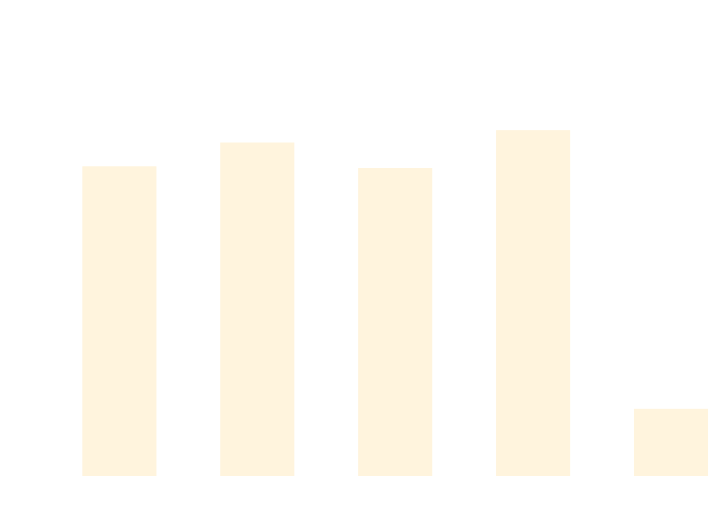
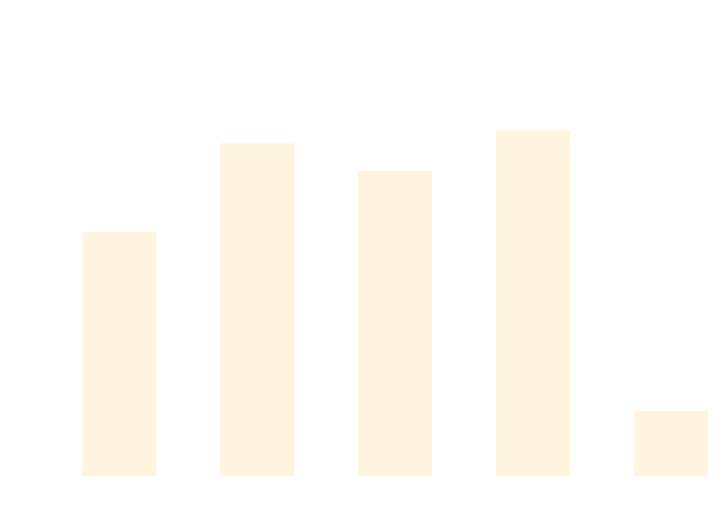
The diagram in docs/docs/benchmarks/AsyncTests.md (thomhurst/TUnit), drawn with Mermaid before and after one commit. The commit also changed other lines of this file and 16 other files, not shown here.

````diff
--- a/docs/docs/benchmarks/AsyncTests.md
+++ b/docs/docs/benchmarks/AsyncTests.md
@@ -27,37 +27,37 @@
 ```mermaid
 %%{init: {
   'theme':'base',
   'themeVariables': {
     'primaryColor': '#2563eb',
     'primaryTextColor': '#ffffff',
     'primaryBorderColor': '#1e40af',
     'lineColor': '#6b7280',
     'secondaryColor': '#7c3aed',
     'tertiaryColor': '#dc2626',
     'background': '#ffffff',
     'mainBkg': '#2563eb',
     'secondBkg': '#7c3aed',
     'tertiaryBkg': '#dc2626',
     'clusterBkg': '#f3f4f6',
     'edgeLabelBackground': '#ffffff',
     'tertiaryTextColor': '#1f2937',
     'pie1': '#2563eb',
     'pie2': '#7c3aed',
     'pie3': '#dc2626',
     'pie4': '#f59e0b',
     'pie5': '#10b981',
     'pie6': '#06b6d4',
     'pie7': '#ec4899',
     'pie8': '#6366f1',
     'pie9': '#84cc16',
     'pie10': '#f97316',
     'pie11': '#14b8a6',
     'pie12': '#a855f7'
   }
 }}%%
 xychart-beta
   title "AsyncTests Performance Comparison"
   x-axis ["TUnit", "NUnit", "MSTest", "xUnit3", "TUnit_AOT"]
-  y-axis "Time (ms)" 0 --> 855
-  bar [635.9, 686.1, 632.3, 712.2, 123.9]
+  y-axis "Time (ms)" 0 --> 874
+  bar [507.4, 699.9, 640.5, 728.2, 121.7]
 ```
````
